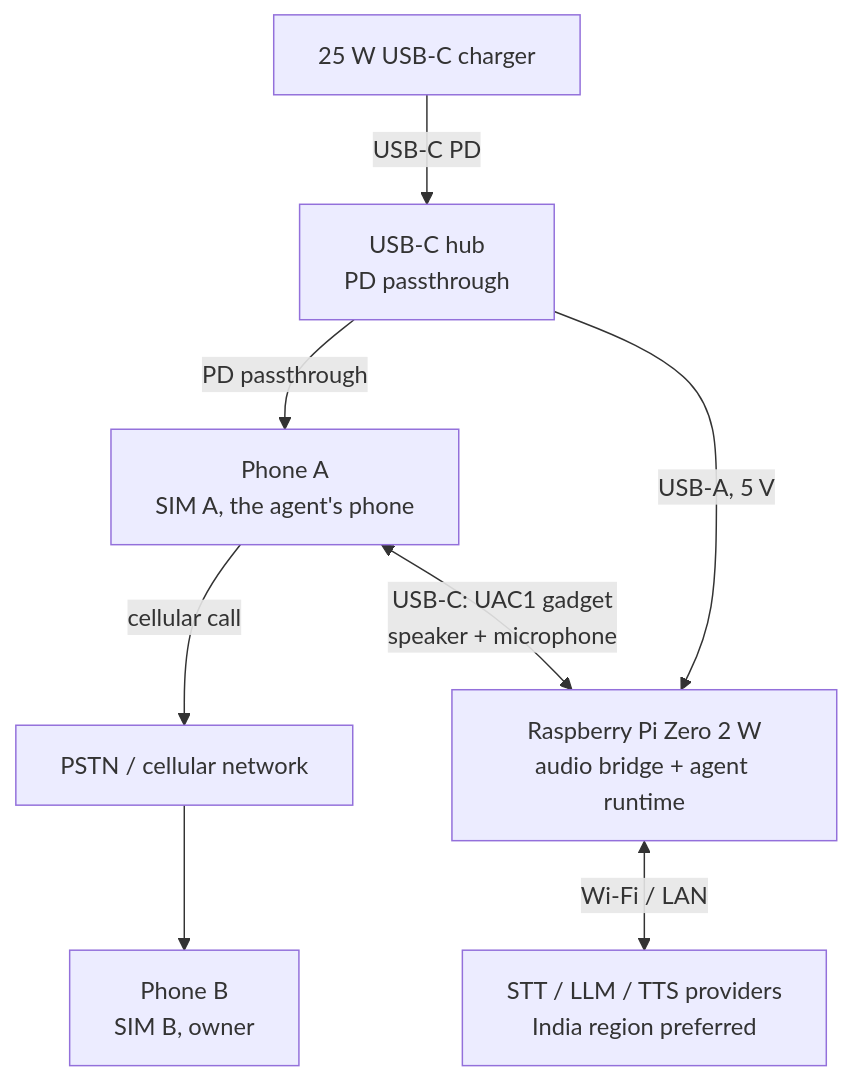
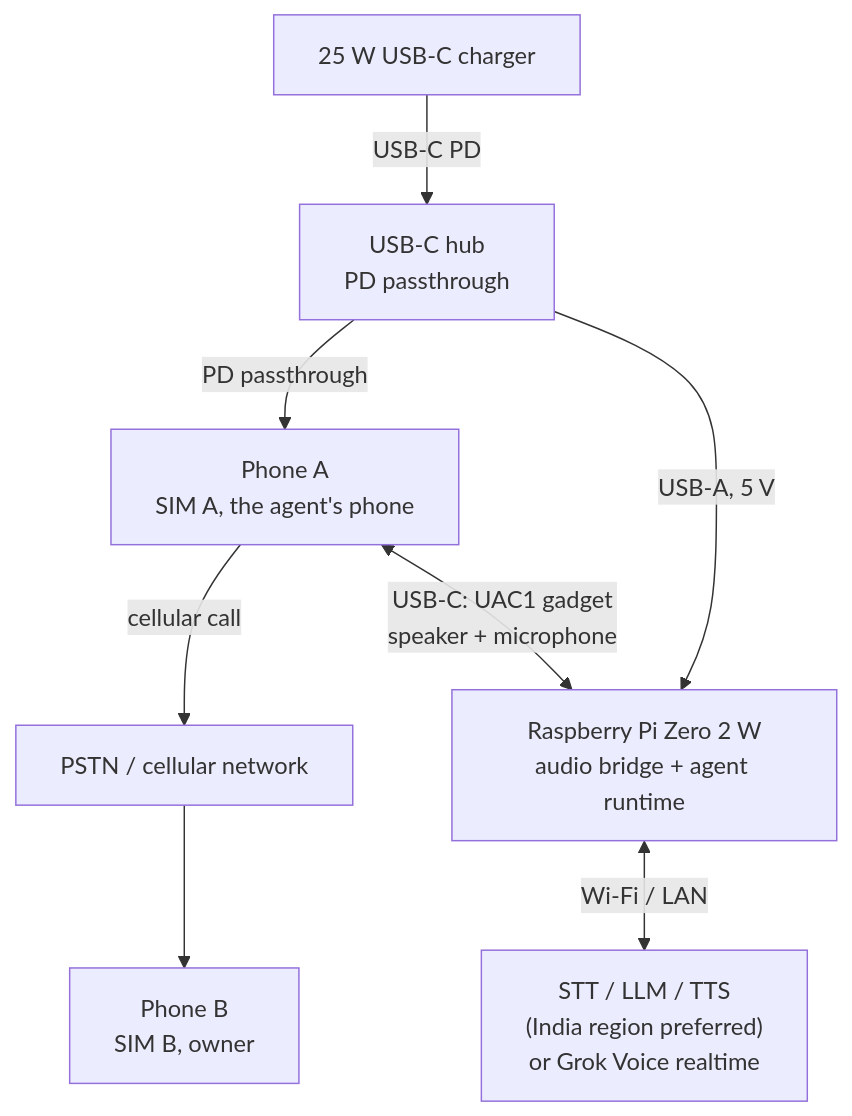
Before and after one commit to fahimalizain/android-telephone-agent: the diagram in README.md, drawn with Mermaid. The commit also changed other lines of this file and 24 other files, not shown here.

First line of the commit message:
feat(agent): add Grok Voice realtime adapter

````diff
--- a/README.md
+++ b/README.md
@@ -60,18 +60,18 @@
 ```mermaid
 flowchart TB
     PhoneA["Phone A<br/>SIM A, the agent's phone"]
     PhoneB["Phone B<br/>SIM B, owner"]
     PSTN["PSTN / cellular network"]
     Pi["Raspberry Pi Zero 2 W<br/>audio bridge + agent runtime"]
-    Providers["STT / LLM / TTS providers<br/>India region preferred"]
+    Providers["STT / LLM / TTS<br/>(India region preferred)<br/>or Grok Voice realtime"]
     Charger["25 W USB-C charger"]
     Hub["USB-C hub<br/>PD passthrough"]
 
     PhoneA -->|"cellular call"| PSTN
     PSTN --> PhoneB
     PhoneA <-->|"USB-C: UAC1 gadget<br/>speaker + microphone"| Pi
     Pi <-->|"Wi-Fi / LAN"| Providers
     Charger -->|"USB-C PD"| Hub
     Hub -->|"PD passthrough"| PhoneA
     Hub -->|"USB-A, 5 V"| Pi
 ```
````
